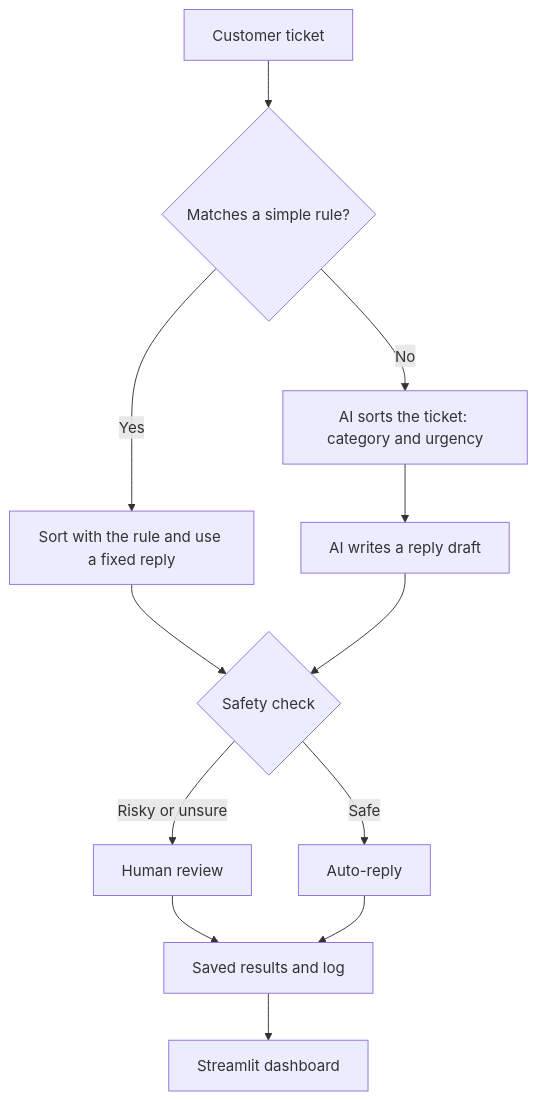
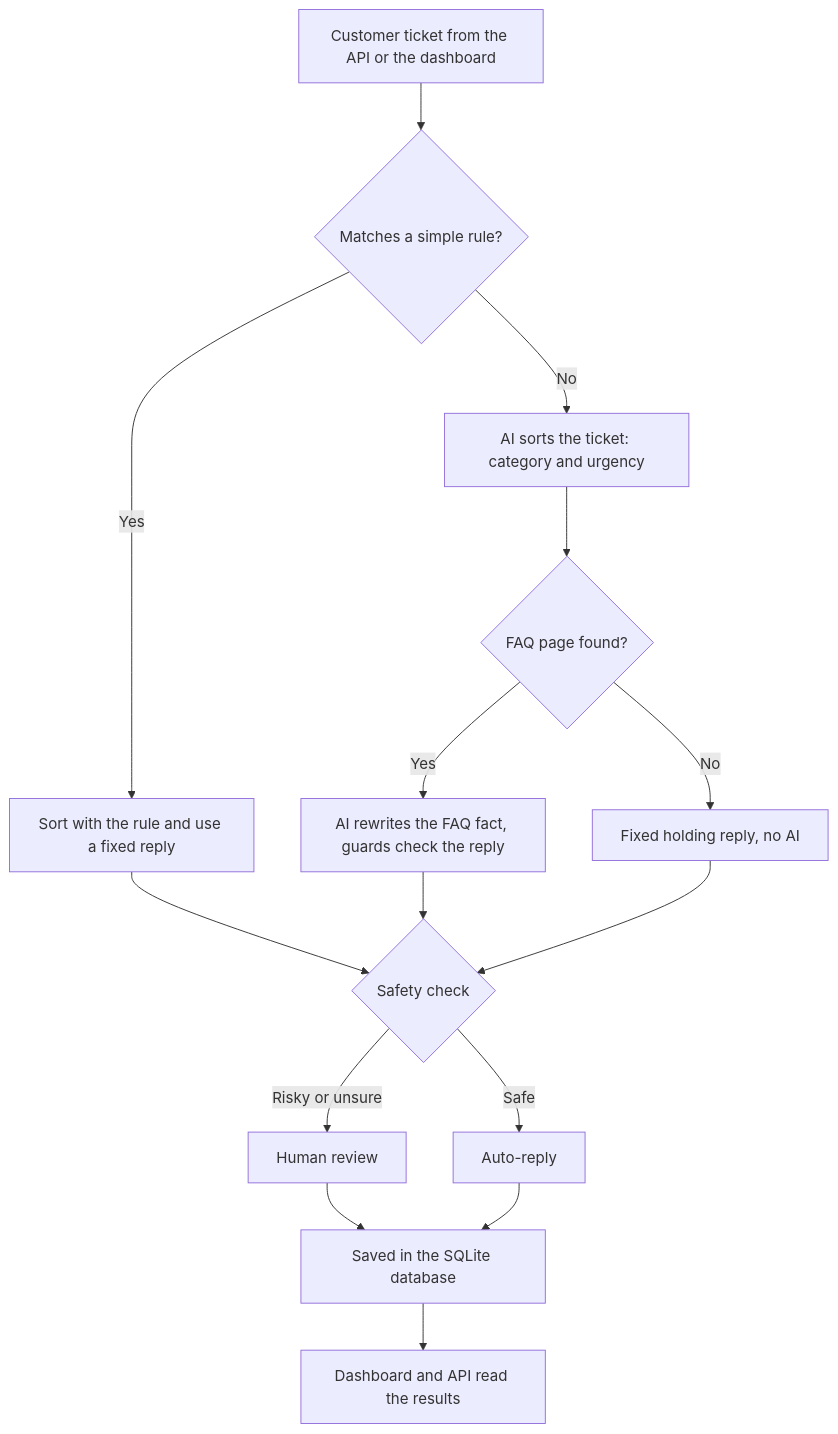
One commit to mdshouib30/ticket_helper changed the diagram in README.md. Above: the diagram before and after it, drawn with Mermaid. The commit also changed other lines of this file, not shown here.

````diff
--- a/README.md
+++ b/README.md
@@ -21,14 +23,17 @@
 ```mermaid
 flowchart TD
-    A[Customer ticket] --> B{Matches a simple rule?}
+    A[Customer ticket from the API or the dashboard] --> B{Matches a simple rule?}
     B -- Yes --> C[Sort with the rule and use a fixed reply]
     B -- No --> D[AI sorts the ticket: category and urgency]
-    D --> E[AI writes a reply draft]
-    C --> F{Safety check}
-    E --> F
-    F -- Risky or unsure --> G[Human review]
-    F -- Safe --> H[Auto-reply]
-    G --> I[Saved results and log]
-    H --> I
-    I --> J[Streamlit dashboard]
+    D --> E{FAQ page found?}
+    E -- Yes --> F[AI rewrites the FAQ fact, guards check the reply]
+    E -- No --> G[Fixed holding reply, no AI]
+    C --> H{Safety check}
+    F --> H
+    G --> H
+    H -- Risky or unsure --> I[Human review]
+    H -- Safe --> J[Auto-reply]
+    I --> K[Saved in the SQLite database]
+    J --> K
+    K --> L[Dashboard and API read the results]
 ```
````
